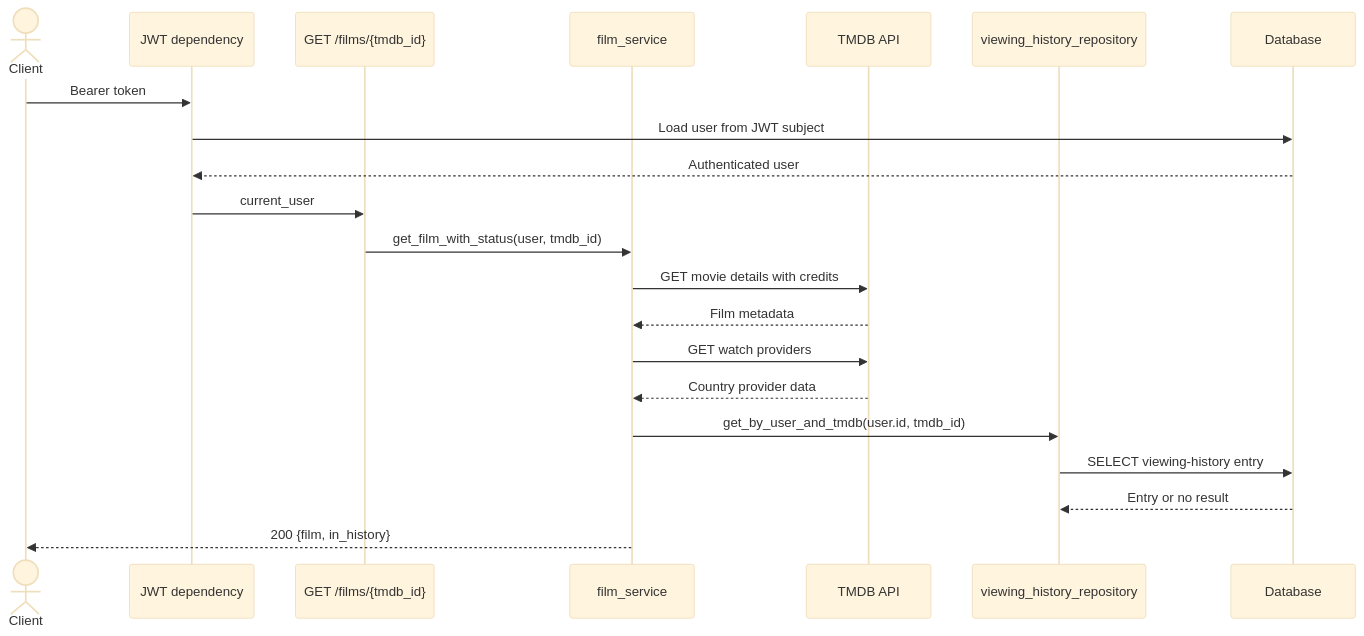
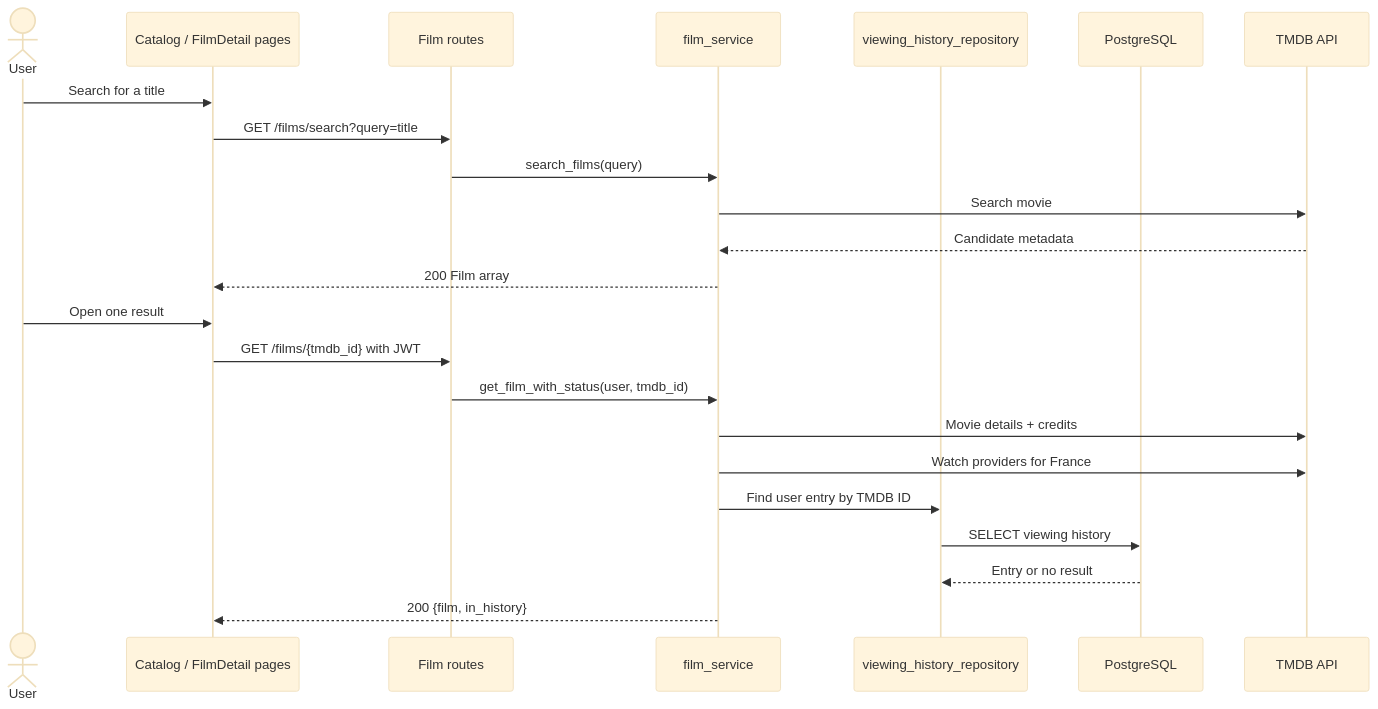
One commit to zahin-dev/Film-like changed the second of 4 diagrams in docs/diagrams/SequenceDiagrams.md. Above: the diagram before and after it, drawn with Mermaid (base theme). The commit also changed other lines of this file and 42 other files, not shown here.

````diff
--- a/docs/diagrams/SequenceDiagrams.md
+++ b/docs/diagrams/SequenceDiagrams.md
@@ -110,24 +45,27 @@
 ```mermaid
 sequenceDiagram
-    actor Client
-    participant Auth as JWT dependency
-    participant Route as GET /films/{tmdb_id}
+    actor User
+    participant UI as Catalog / FilmDetail pages
+    participant Route as Film routes
     participant Service as film_service
+    participant Repo as viewing_history_repository
+    participant DB as PostgreSQL
     participant TMDB as TMDB API
-    participant Repo as viewing_history_repository
-    participant DB as Database
 
-    Client->>Auth: Bearer token
-    Auth->>DB: Load user from JWT subject
-    DB-->>Auth: Authenticated user
-    Auth->>Route: current_user
+    User->>UI: Search for a title
+    UI->>Route: GET /films/search?query=title
+    Route->>Service: search_films(query)
+    Service->>TMDB: Search movie
+    TMDB-->>Service: Candidate metadata
+    Service-->>UI: 200 Film array
+
+    User->>UI: Open one result
+    UI->>Route: GET /films/{tmdb_id} with JWT
     Route->>Service: get_film_with_status(user, tmdb_id)
-    Service->>TMDB: GET movie details with credits
-    TMDB-->>Service: Film metadata
-    Service->>TMDB: GET watch providers
-    TMDB-->>Service: Country provider data
-    Service->>Repo: get_by_user_and_tmdb(user.id, tmdb_id)
-    Repo->>DB: SELECT viewing-history entry
+    Service->>TMDB: Movie details + credits
+    Service->>TMDB: Watch providers for France
+    Service->>Repo: Find user entry by TMDB ID
+    Repo->>DB: SELECT viewing history
     DB-->>Repo: Entry or no result
-    Service-->>Client: 200 {film, in_history}
+    Service-->>UI: 200 {film, in_history}
 ```
````
